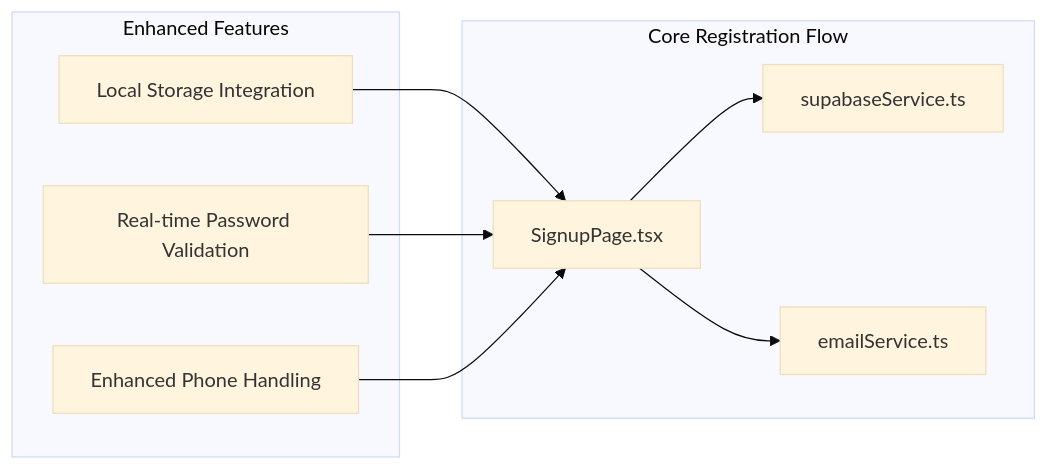
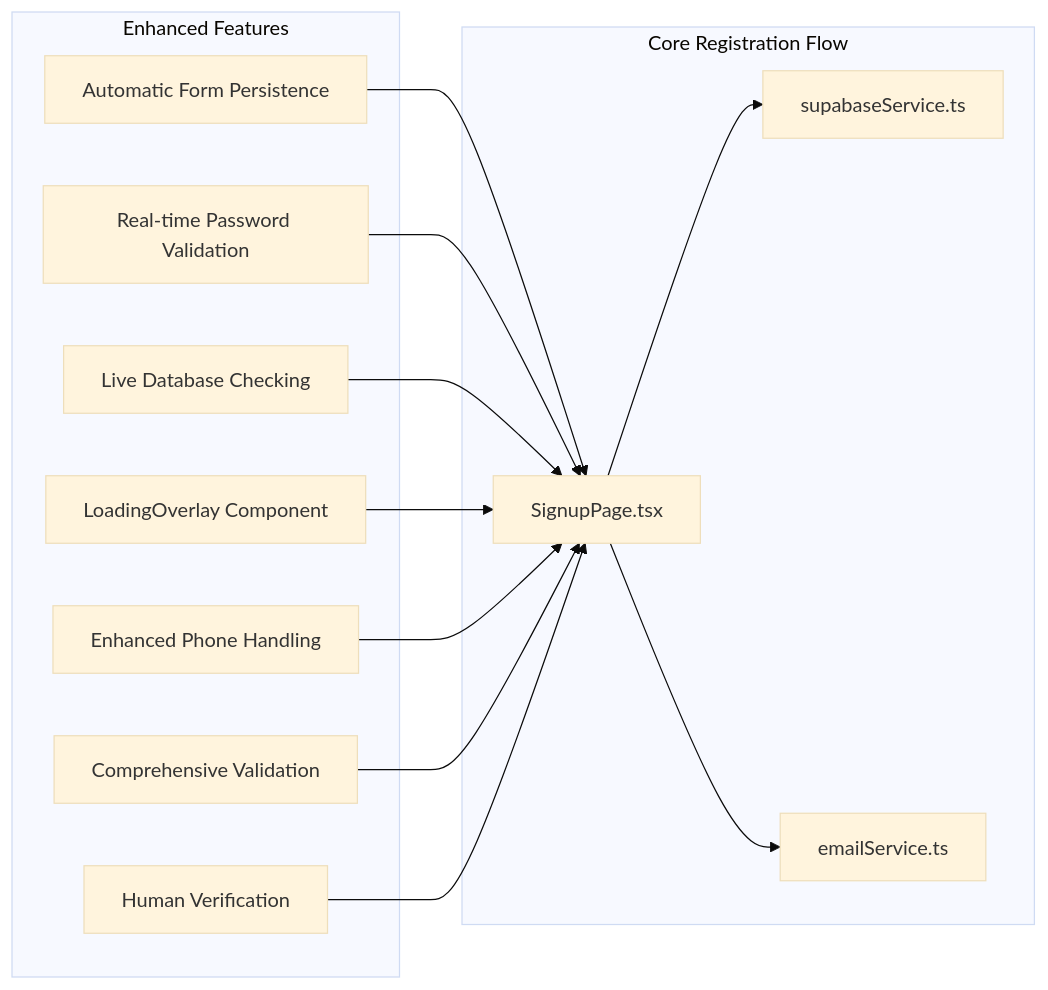
One commit to zpria/ACCOUND-ZPRIA changed the fifth of 6 diagrams in .qoder/repowiki/en/content/Authentication System/User Registration.md. Above: the diagram before and after it, drawn with Mermaid (base theme). The commit also changed other lines of this file and 12 other files, not shown here.

````diff
--- a/.qoder/repowiki/en/content/Authentication System/User Registration.md
+++ b/.qoder/repowiki/en/content/Authentication System/User Registration.md
@@ -321,18 +448,26 @@
 ```mermaid
 graph LR
 subgraph "Enhanced Features"
-LS["Local Storage Integration"]
+LS["Automatic Form Persistence"]
 PV["Real-time Password Validation"]
+LDBC["Live Database Checking"]
+LO["LoadingOverlay Component"]
 PH["Enhanced Phone Handling"]
+CV["Comprehensive Validation"]
+HC["Human Verification"]
 end
 subgraph "Core Registration Flow"
 SP["SignupPage.tsx"]
 SS["supabaseService.ts"]
 ES["emailService.ts"]
 end
 LS --> SP
 PV --> SP
+LDBC --> SP
+LO --> SP
 PH --> SP
+CV --> SP
+HC --> SP
 SP --> SS
 SP --> ES
 ```
````
